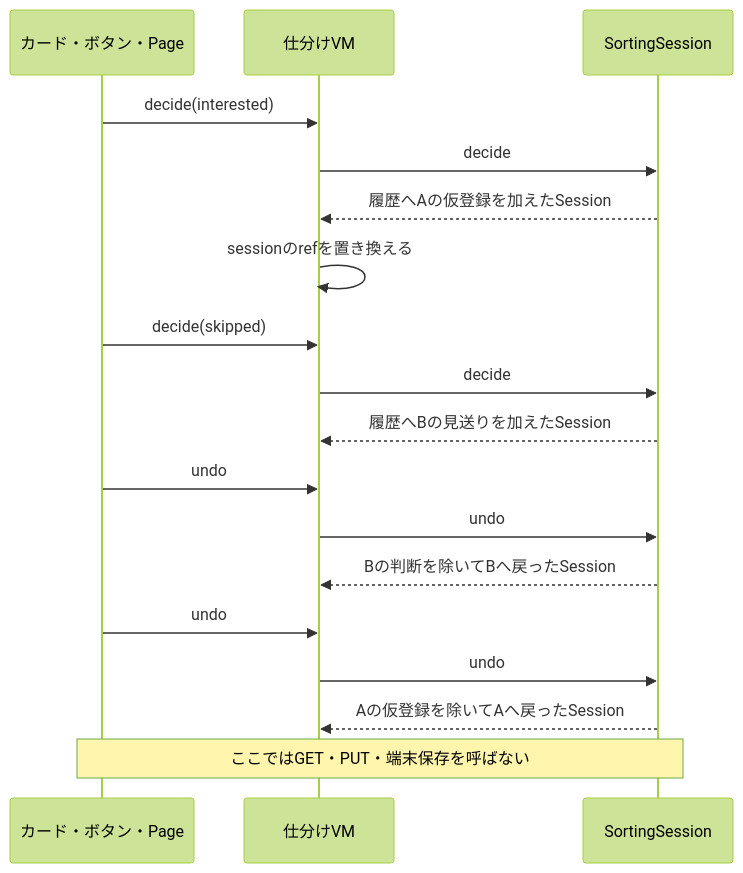
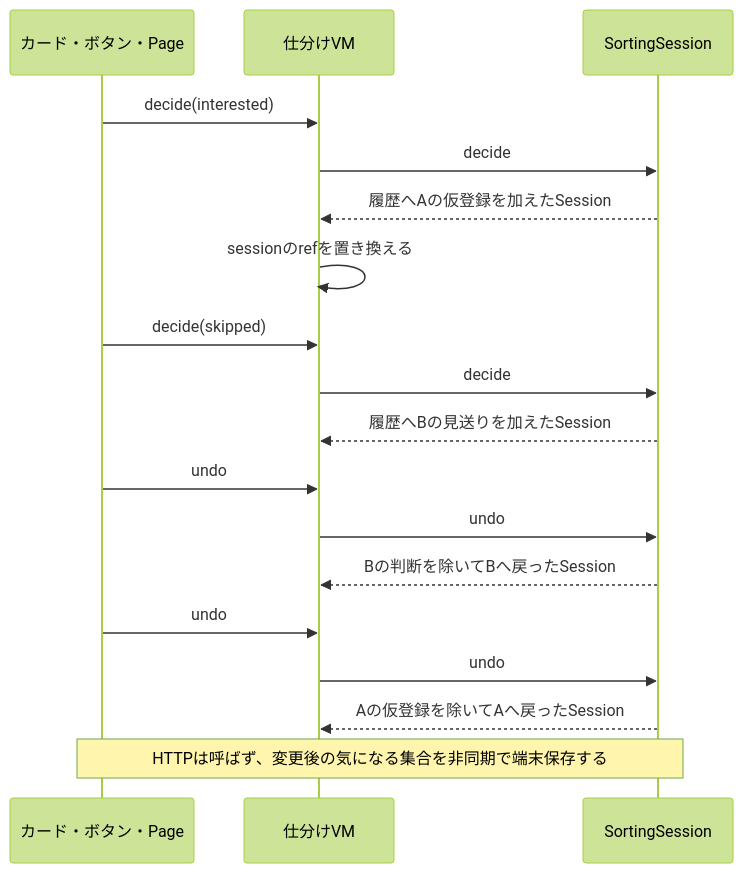
One commit to BeppuKanato/it-discovery changed the second of 2 diagrams in docs/sorting-ui.md. Above: the diagram before and after it, drawn with Mermaid (forest theme). The commit also changed other lines of this file and 1 other file, not shown here.

````diff
--- a/docs/sorting-ui.md
+++ b/docs/sorting-ui.md
@@ -66,20 +68,20 @@
 ```mermaid
 sequenceDiagram
   participant V as カード・ボタン・Page
   participant VM as 仕分けVM
   participant S as SortingSession
   V->>VM: decide(interested)
   VM->>S: decide
   S-->>VM: 履歴へAの仮登録を加えたSession
   VM->>VM: sessionのrefを置き換える
   V->>VM: decide(skipped)
   VM->>S: decide
   S-->>VM: 履歴へBの見送りを加えたSession
   V->>VM: undo
   VM->>S: undo
   S-->>VM: Bの判断を除いてBへ戻ったSession
   V->>VM: undo
   VM->>S: undo
   S-->>VM: Aの仮登録を除いてAへ戻ったSession
-  Note over V,S: ここではGET・PUT・端末保存を呼ばない
+  Note over V,S: HTTPは呼ばず、変更後の気になる集合を非同期で端末保存する
 ```
````
